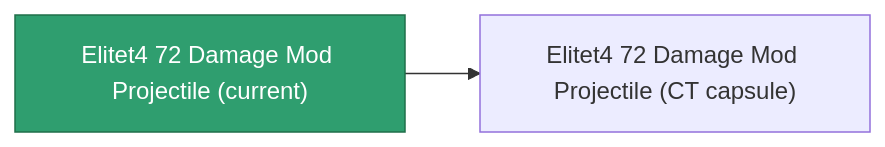
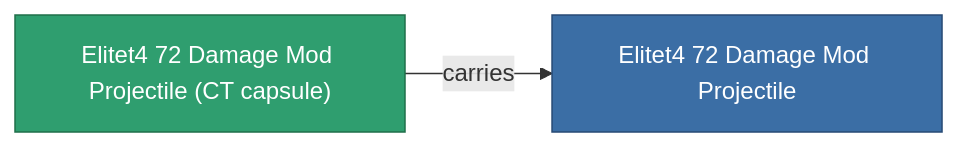
One commit to OpenPerpetuum/Wiki changed the diagram in content/content/items/elitet4_72_damage_mod_projectile.md. Above: the diagram before and after it, drawn with Mermaid. The commit also changed other lines of this file and 2015 other files, not shown here.

````diff
--- a/content/content/items/elitet4_72_damage_mod_projectile.md
+++ b/content/content/items/elitet4_72_damage_mod_projectile.md
@@ -35,8 +35,9 @@
 ```mermaid
 graph LR
-    a["Elitet4 72 Damage Mod Projectile (current)"]:::current
-    b["Elitet4 72 Damage Mod Projectile (CT capsule)"]
-    a --> b
-    click b "/content/items/elitet4-72-damage-mod-projectile-ct-capsule/" "Elitet4 72 Damage Mod Projectile (CT capsule)"
+    a["Elitet4 72 Damage Mod Projectile (CT capsule)"]:::current
+    b["Elitet4 72 Damage Mod Projectile"]:::finished
+    a -->|carries| b
+                click b "/content/items/elitet4-72-damage-mod-projectile/" "Elitet4 72 Damage Mod Projectile"
     classDef current fill:#2f9e6f,stroke:#1f6f4a,color:#ffffff
+    classDef finished fill:#3b6ea5,stroke:#274a75,color:#ffffff
 ```
````
